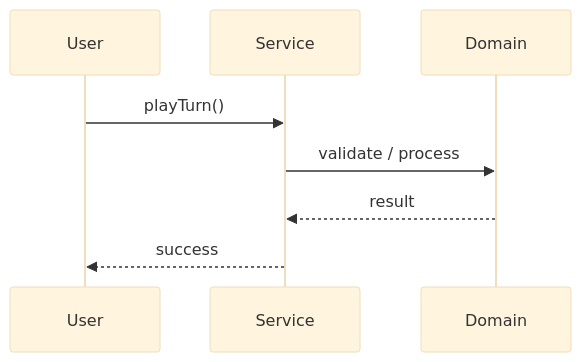
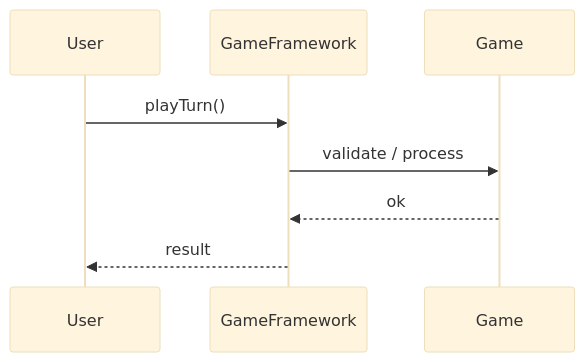
Before and after one commit to madhupaila/Interview-Prep-SSE: the second of 3 diagrams in Learn/System Design - Low Level Design/02-classic-ood/questions/Q41-board-game-framework.md, drawn with Mermaid (base theme). The commit also changed other lines of this file and 491 other files, not shown here.

````diff
--- a/Learn/System Design - Low Level Design/02-classic-ood/questions/Q41-board-game-framework.md
+++ b/Learn/System Design - Low Level Design/02-classic-ood/questions/Q41-board-game-framework.md
@@ -122,10 +151,10 @@
 ```mermaid
 sequenceDiagram
-    participant U as User
-    participant S as Service
-    participant D as Domain
-    U->>S: playTurn()
-    S->>D: validate / process
-    D-->>S: result
-    S-->>U: success
+participant U as User
+participant S as GameFramework
+participant D as Game
+U->>S: playTurn()
+S->>D: validate / process
+D-->>S: ok
+S-->>U: result
 ```
````
